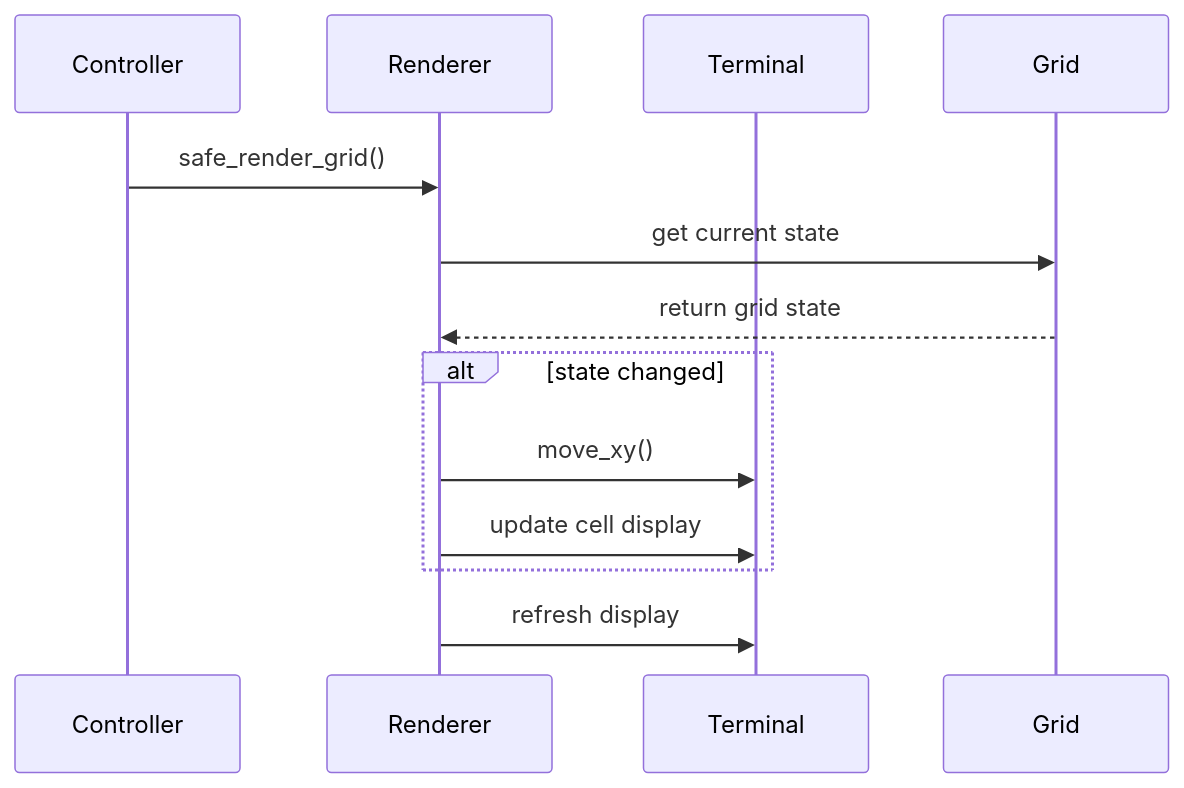
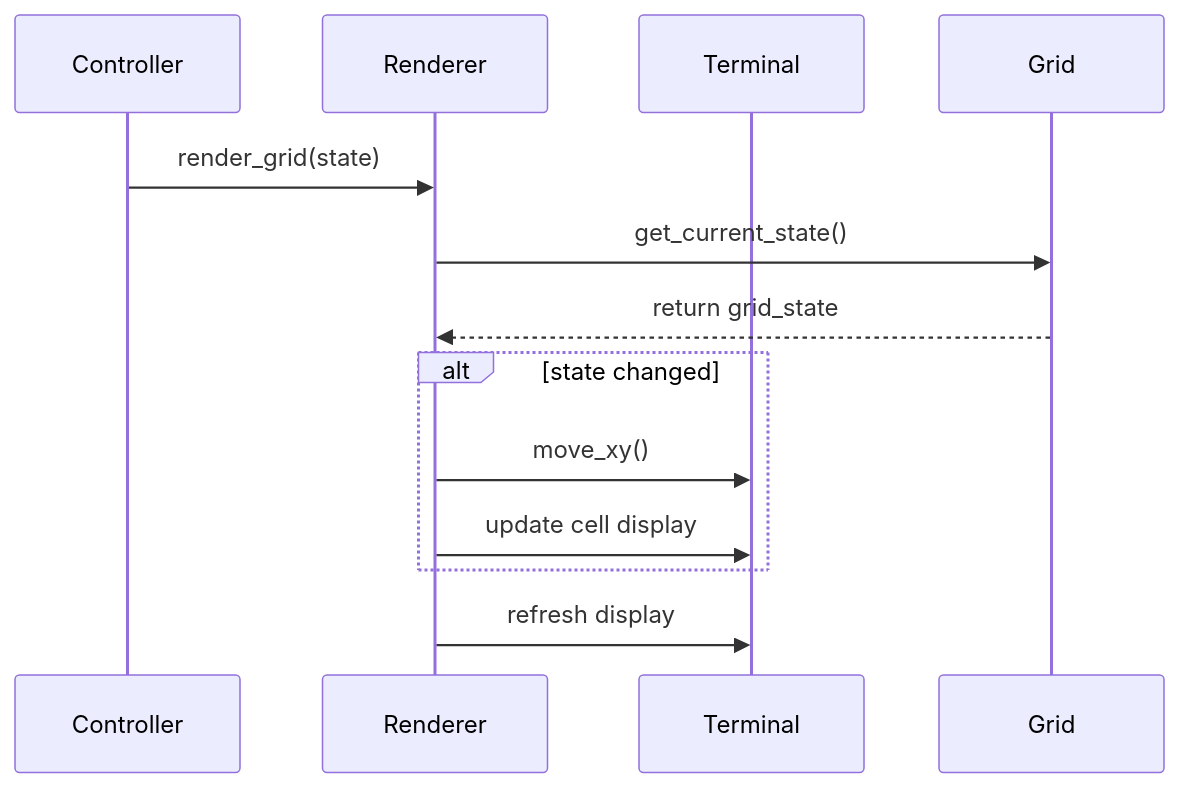
The fourth of 7 diagrams in docs/diagrams.md (dewe/py-gol), drawn with Mermaid before and after one commit. The commit also changed other lines of this file, not shown here.

Commit message:
docs: update diagrams to reflect pure functional architecture

````diff
--- a/docs/diagrams.md
+++ b/docs/diagrams.md
@@ -86,16 +80,16 @@
 ```mermaid
 sequenceDiagram
     participant Controller
     participant Renderer
     participant Terminal
     participant Grid
     
-    Controller->>Renderer: safe_render_grid()
-    Renderer->>Grid: get current state
-    Grid-->>Renderer: return grid state
+    Controller->>Renderer: render_grid(state)
+    Renderer->>Grid: get_current_state()
+    Grid-->>Renderer: return grid_state
     alt state changed
         Renderer->>Terminal: move_xy()
         Renderer->>Terminal: update cell display
     end
     Renderer->>Terminal: refresh display
 ```
````
